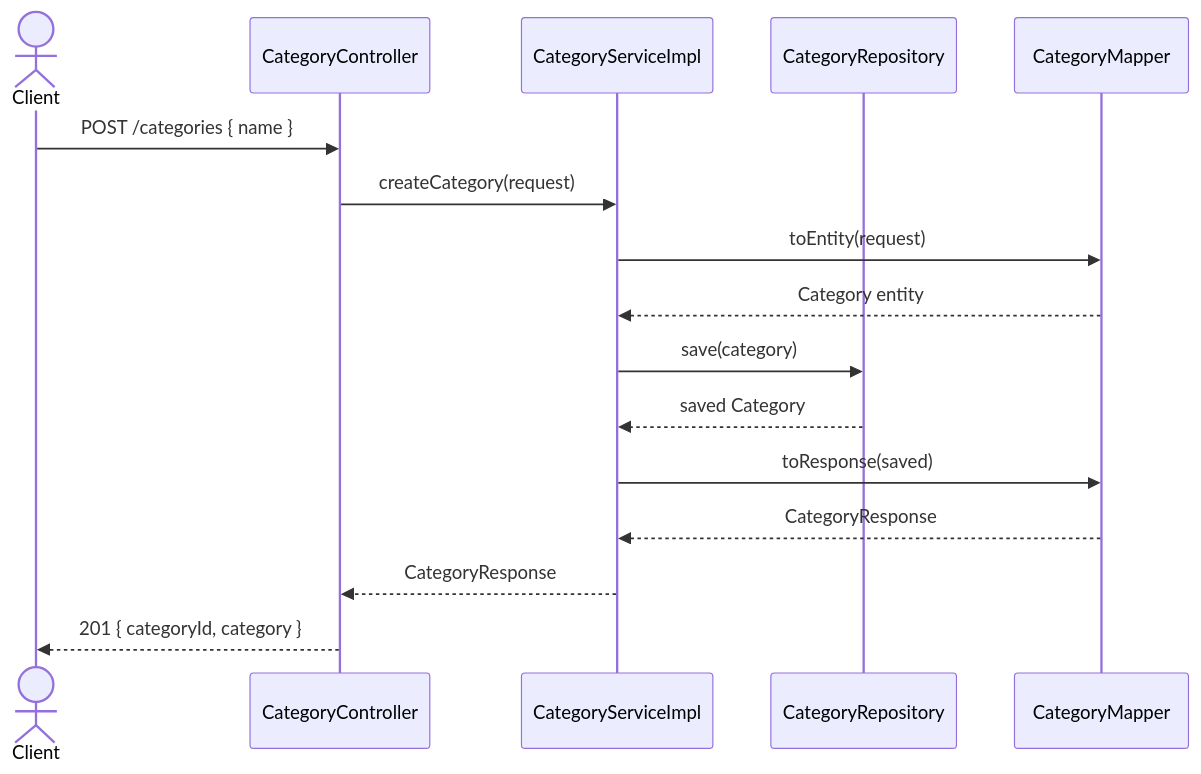
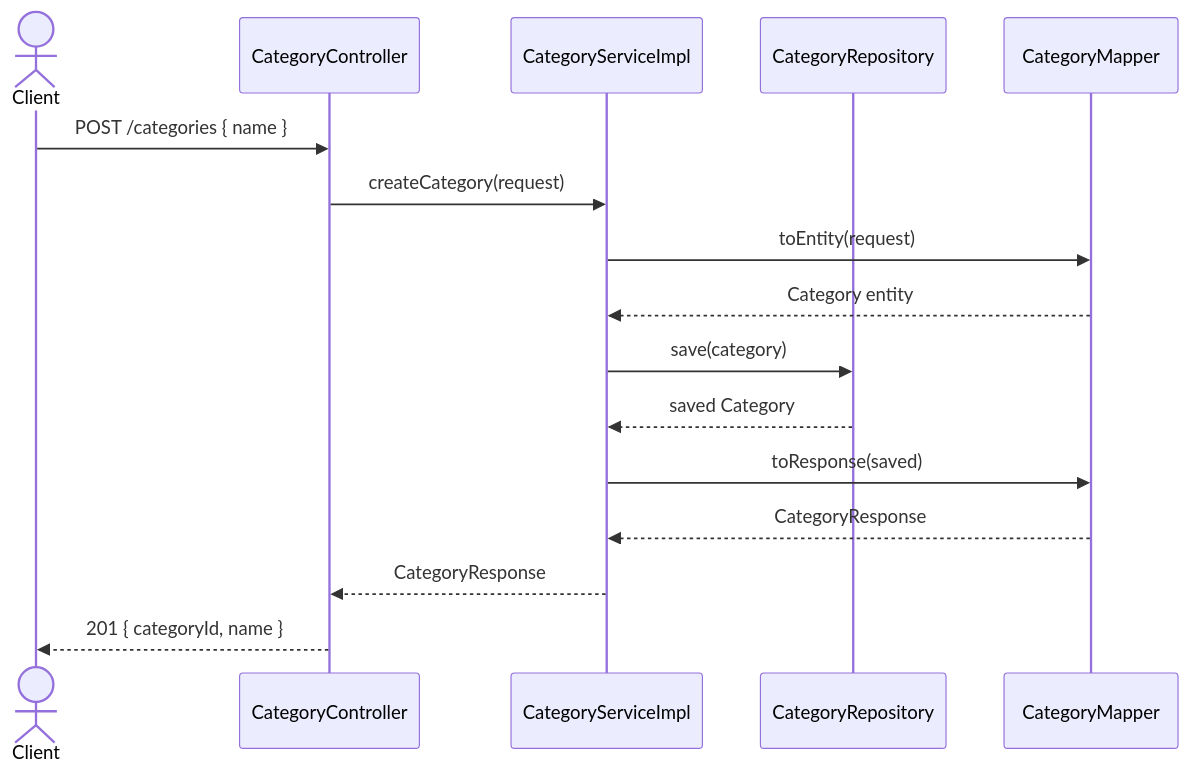
Before and after one commit to MaksymChalyi/Verdora-backend: the diagram in docs/categories/categories.md, drawn with Mermaid. The commit also changed other lines of this file and 2 other files, not shown here.

Commit message:
refactor(security): remove redundant admin category endpoint and secure category mutations

````diff
--- a/docs/categories/categories.md
+++ b/docs/categories/categories.md
@@ -134,20 +256,20 @@
 ```mermaid
 sequenceDiagram
     actor Client
     participant CategoryController
     participant CategoryServiceImpl
     participant CategoryRepository
     participant CategoryMapper
 
     Client->>CategoryController: POST /categories { name }
 
     CategoryController->>CategoryServiceImpl: createCategory(request)
     CategoryServiceImpl->>CategoryMapper: toEntity(request)
     CategoryMapper-->>CategoryServiceImpl: Category entity
     CategoryServiceImpl->>CategoryRepository: save(category)
     CategoryRepository-->>CategoryServiceImpl: saved Category
     CategoryServiceImpl->>CategoryMapper: toResponse(saved)
     CategoryMapper-->>CategoryServiceImpl: CategoryResponse
     CategoryServiceImpl-->>CategoryController: CategoryResponse
-    CategoryController-->>Client: 201 { categoryId, category }
+    CategoryController-->>Client: 201 { categoryId, name }
 ```
````
